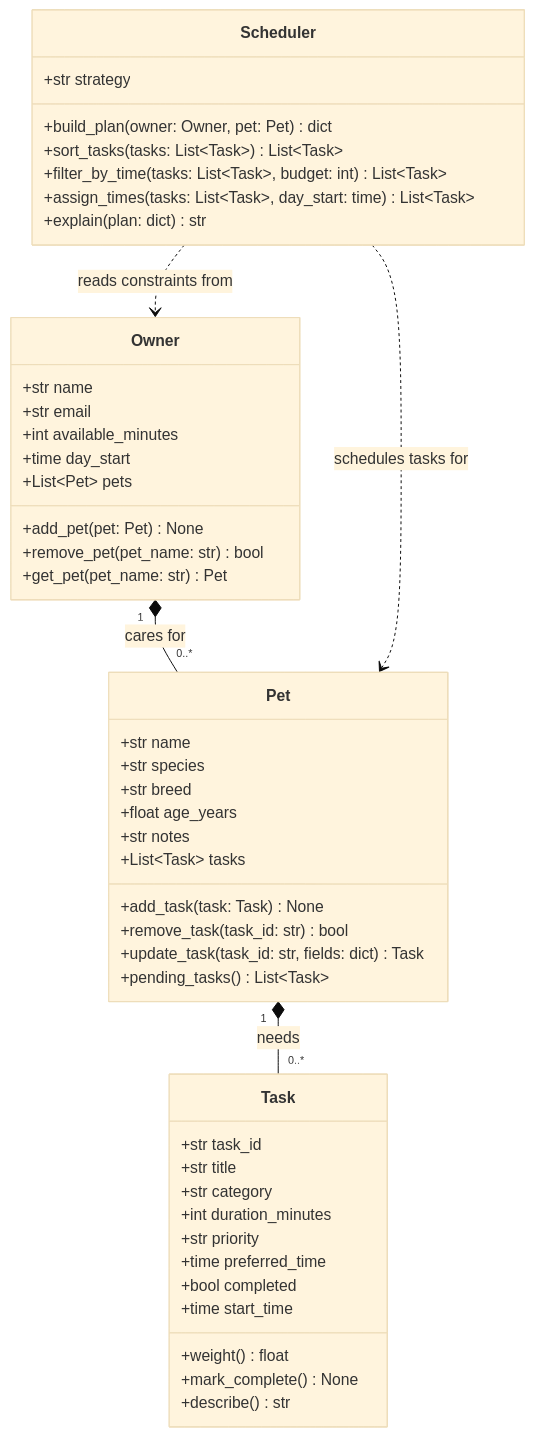
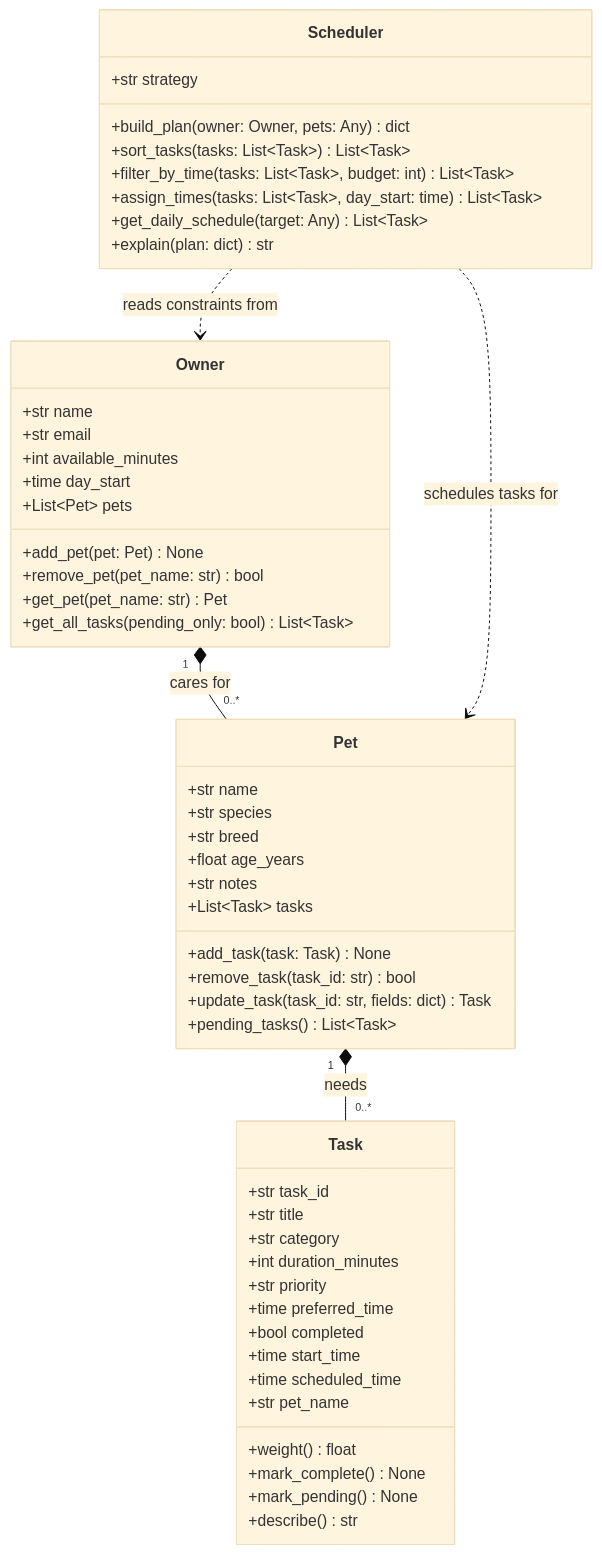
Before and after one commit to GabrielAnokye/ai110-module2show-pawpal-starter: the diagram in diagrams/uml_draft.mmd, drawn with Mermaid (base theme). The commit also changed 7 other files, not shown here.

```diff
--- a/diagrams/uml_draft.mmd
+++ b/diagrams/uml_draft.mmd
@@ -1,55 +1,60 @@
 classDiagram
     %% PawPal+ — smart pet care management system
     %% Keep this file updated so it matches your final implementation in pawpal_system.py
 
     class Owner {
         +str name
         +str email
         +int available_minutes
         +time day_start
         +List~Pet~ pets
         +add_pet(pet: Pet) None
         +remove_pet(pet_name: str) bool
         +get_pet(pet_name: str) Pet
+        +get_all_tasks(pending_only: bool) List~Task~
     }
 
     class Pet {
         +str name
         +str species
         +str breed
         +float age_years
         +str notes
         +List~Task~ tasks
         +add_task(task: Task) None
         +remove_task(task_id: str) bool
         +update_task(task_id: str, fields: dict) Task
         +pending_tasks() List~Task~
     }
 
     class Task {
         +str task_id
         +str title
         +str category
         +int duration_minutes
         +str priority
         +time preferred_time
         +bool completed
         +time start_time
+        +time scheduled_time
+        +str pet_name
         +weight() float
         +mark_complete() None
+        +mark_pending() None
         +describe() str
     }
 
     class Scheduler {
         +str strategy
-        +build_plan(owner: Owner, pet: Pet) dict
+        +build_plan(owner: Owner, pets: Any) dict
         +sort_tasks(tasks: List~Task~) List~Task~
         +filter_by_time(tasks: List~Task~, budget: int) List~Task~
         +assign_times(tasks: List~Task~, day_start: time) List~Task~
+        +get_daily_schedule(target: Any) List~Task~
         +explain(plan: dict) str
     }
 
     Owner "1" *-- "0..*" Pet : cares for
     Pet "1" *-- "0..*" Task : needs
     Scheduler ..> Owner : reads constraints from
     Scheduler ..> Pet : schedules tasks for
```
